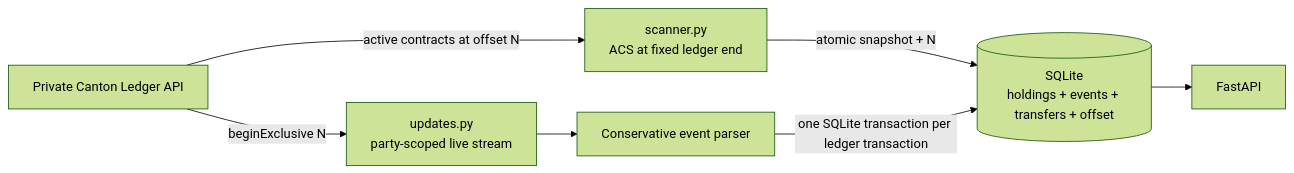
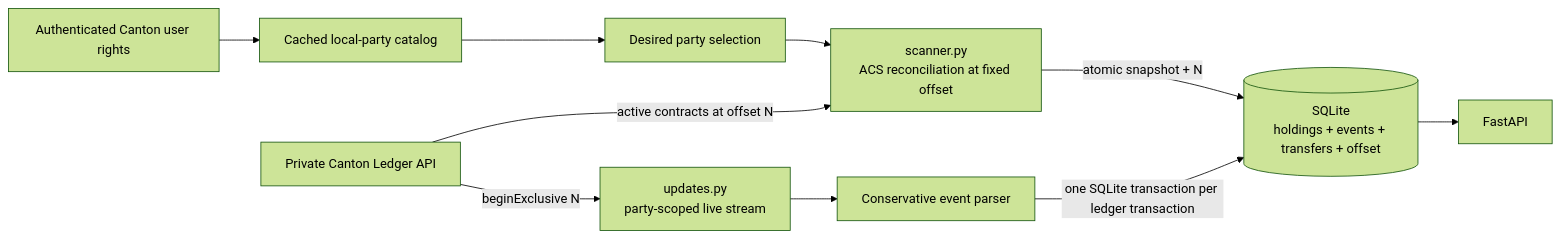
One commit to IbuChibu/canton-private-scanner changed the diagram in README.md. Above: the diagram before and after it, drawn with Mermaid (forest theme). The commit also changed other lines of this file and 6 other files, not shown here.

````diff
--- a/README.md
+++ b/README.md
@@ -21,16 +22,20 @@
 ```mermaid
 flowchart LR
+    R["Authenticated Canton user rights"]
+    C["Cached local-party catalog"]
+    S["Desired party selection"]
     L["Private Canton Ledger API"]
-    A["scanner.py<br/>ACS at fixed ledger end"]
+    A["scanner.py<br/>ACS reconciliation at fixed offset"]
     U["updates.py<br/>party-scoped live stream"]
     P["Conservative event parser"]
     D[("SQLite<br/>holdings + events + transfers + offset")]
     F["FastAPI"]
 
+    R --> C --> S --> A
     L -->|"active contracts at offset N"| A
     A -->|"atomic snapshot + N"| D
     L -->|"beginExclusive N"| U
     U --> P
     P -->|"one SQLite transaction per ledger transaction"| D
     D --> F
 ```
````
